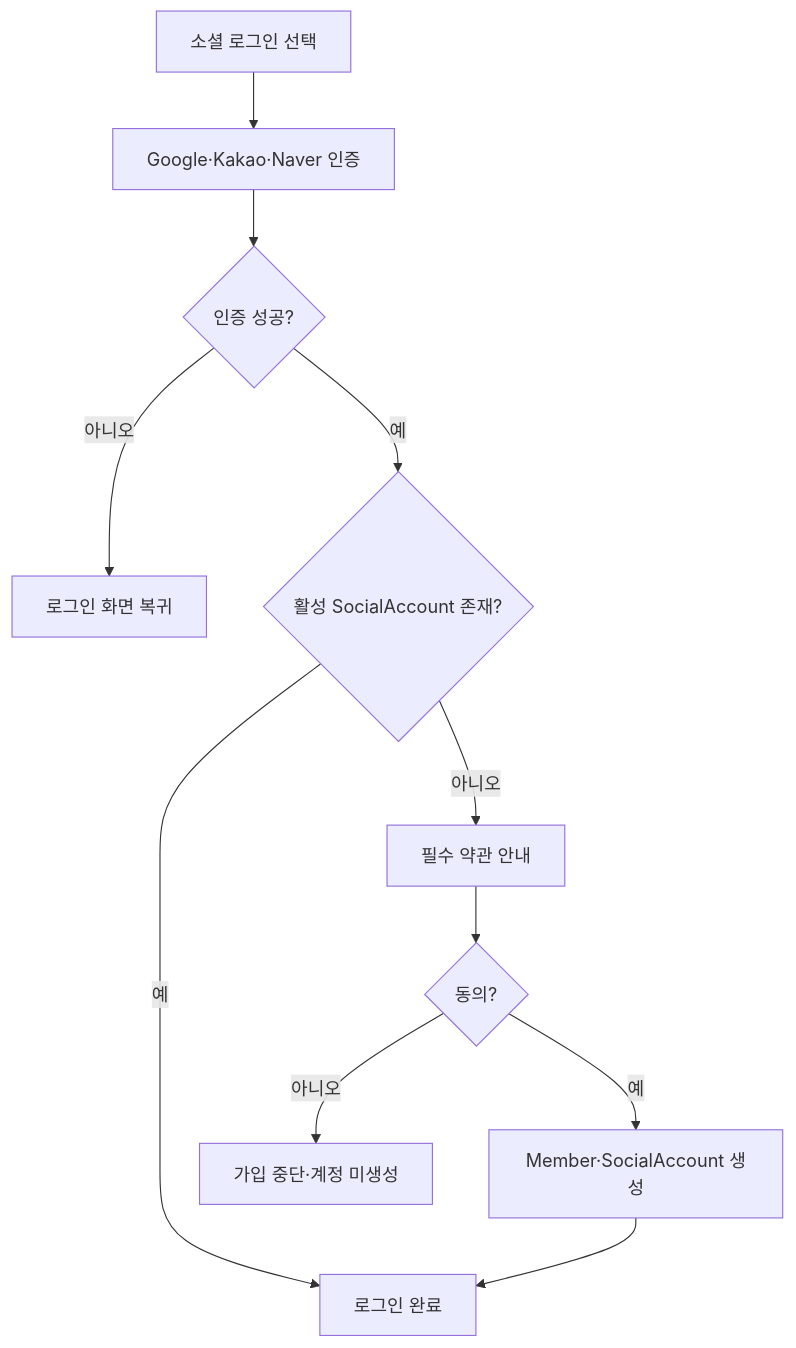
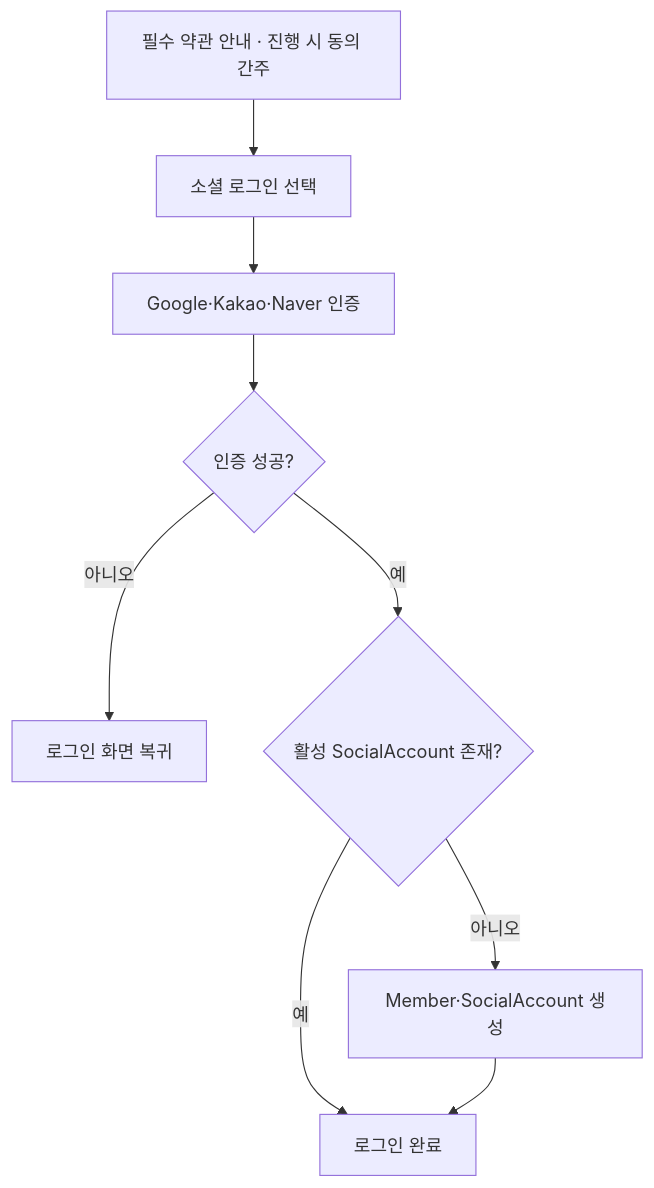
One commit to Team-PinLog/front changed the first of 12 diagrams in docs/reference/09_유저플로우.md. Above: the diagram before and after it, drawn with Mermaid. The commit also changed other lines of this file and 14 other files, not shown here.

````diff
--- a/docs/reference/09_유저플로우.md
+++ b/docs/reference/09_유저플로우.md
@@ -17,13 +17,11 @@
 ```mermaid
 flowchart TD
-    A[소셜 로그인 선택] --> B[Google·Kakao·Naver 인증]
-    B --> C{인증 성공?}
-    C -- 아니오 --> D[로그인 화면 복귀]
-    C -- 예 --> E{활성 SocialAccount 존재?}
-    E -- 예 --> F[로그인 완료]
-    E -- 아니오 --> G[필수 약관 안내]
-    G --> H{동의?}
-    H -- 아니오 --> I[가입 중단·계정 미생성]
-    H -- 예 --> J[Member·SocialAccount 생성]
-    J --> F
+    A[필수 약관 안내 · 진행 시 동의 간주] --> B[소셜 로그인 선택]
+    B --> C[Google·Kakao·Naver 인증]
+    C --> D{인증 성공?}
+    D -- 아니오 --> E[로그인 화면 복귀]
+    D -- 예 --> F{활성 SocialAccount 존재?}
+    F -- 예 --> G[로그인 완료]
+    F -- 아니오 --> H[Member·SocialAccount 생성]
+    H --> G
 ```
````
